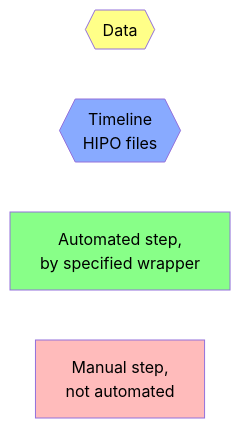
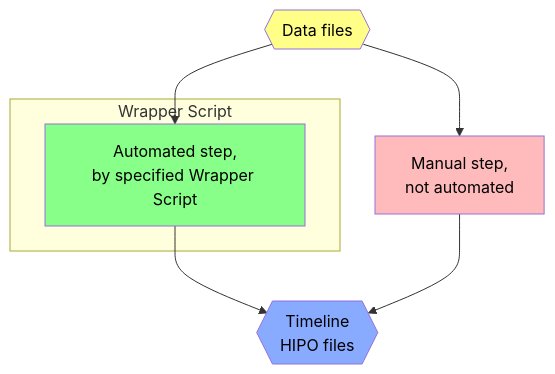
Before and after one commit to raffaelladevita/clas12-timeline: the first of 2 diagrams in qa-physics/docs/docDiagram.md, drawn with Mermaid.

Commit message:
doc(QA): clarify wrapper script in legend (#45)

````diff
--- a/qa-physics/docs/docDiagram.md
+++ b/qa-physics/docs/docDiagram.md
@@ -4,12 +4,18 @@
 ```mermaid
-flowchart LR
-    data{{Data}}:::data
+flowchart TB
+    data{{Data files}}:::data
     timeline{{Timeline<br/>HIPO files}}:::timeline
-    auto[Automated step,<br/>by specified wrapper]:::auto
+    subgraph Wrapper Script
+      auto[Automated step,<br/>by specified Wrapper Script]:::auto
+    end
     manual[Manual step,<br/>not automated]:::manual
+    data --> auto
+    data --> manual
+    auto --> timeline
+    manual --> timeline
 
     classDef data fill:#ff8,color:black
     classDef auto fill:#8f8,color:black
     classDef manual fill:#fbb,color:black
     classDef timeline fill:#8af,color:black
 ```
````
